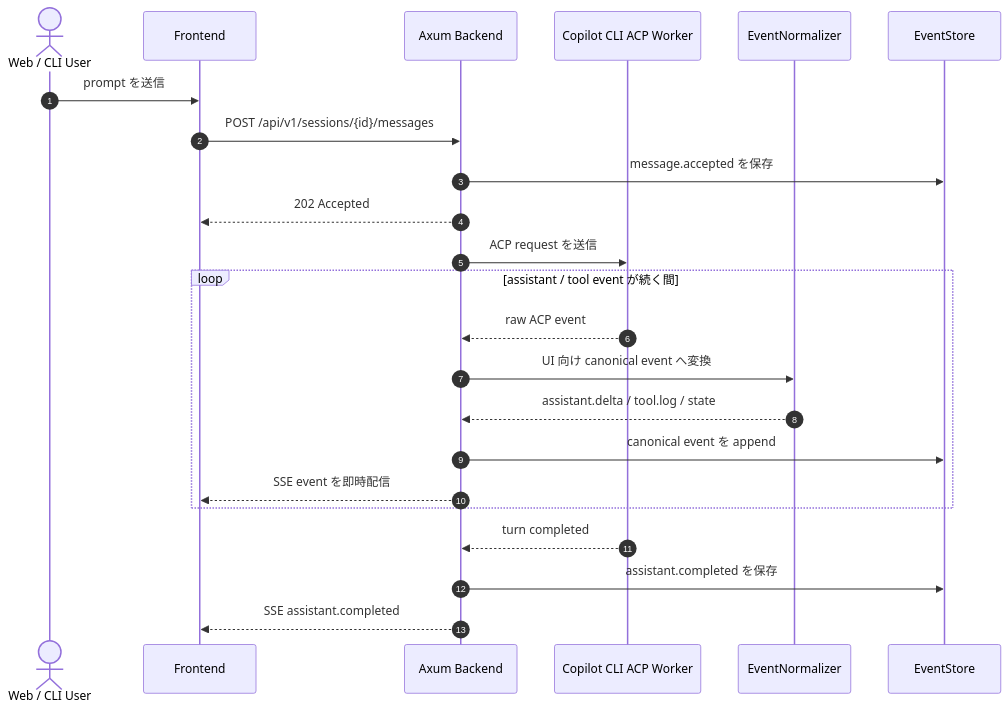
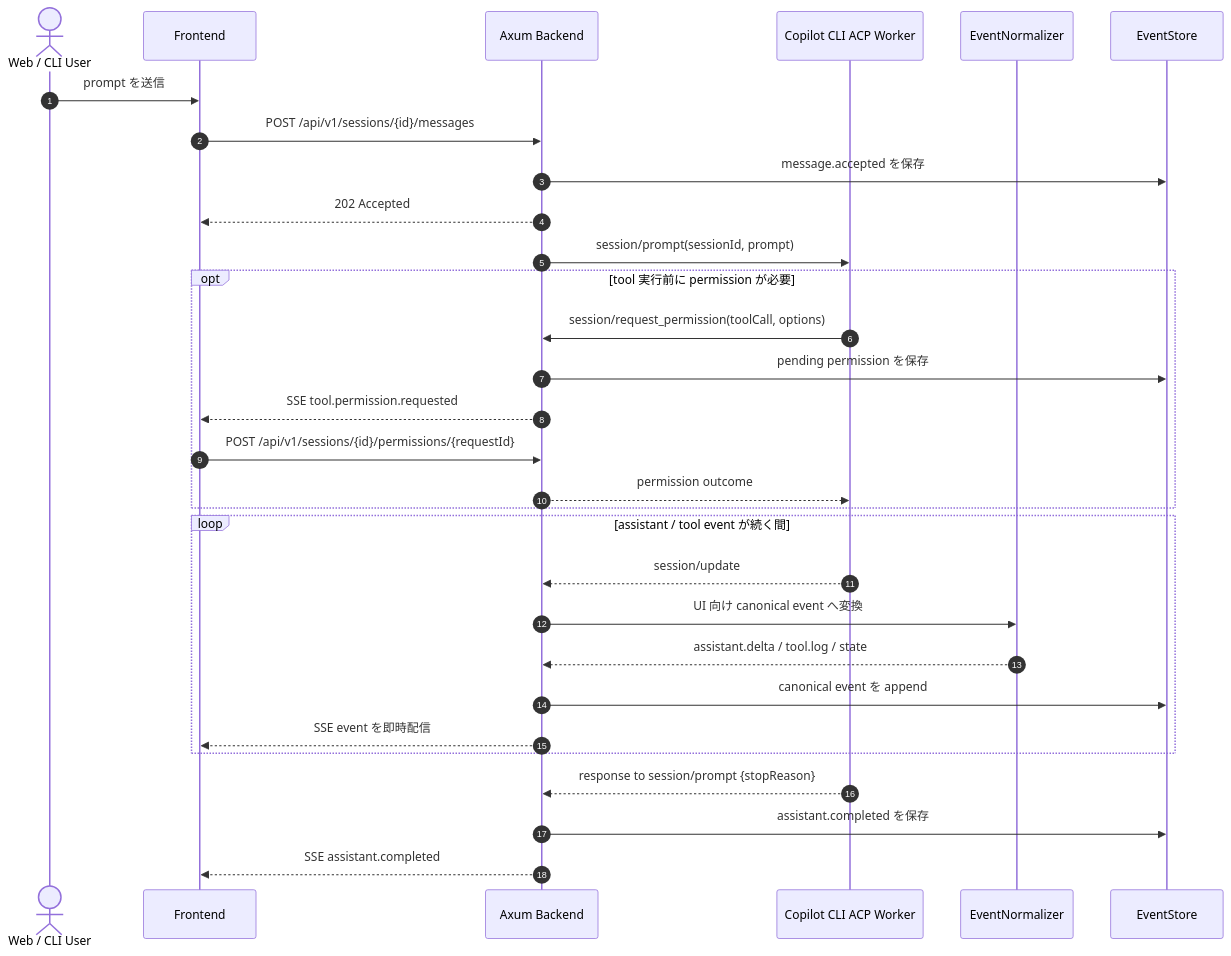
The seventh of 12 diagrams in docs/explanation/acp-web-cli-architecture.md (chalharu/copilot-sandbox-container), drawn with Mermaid before and after one commit. The commit also changed other lines of this file, not shown here.

Commit message:
docs(explanation): model ACP client responsibilities

````diff
--- a/docs/explanation/acp-web-cli-architecture.md
+++ b/docs/explanation/acp-web-cli-architecture.md
@@ -377,28 +393,36 @@
 ```mermaid
 sequenceDiagram
     autonumber
     actor User as Web / CLI User
     participant Frontend as Frontend
     participant Backend as Axum Backend
     participant Worker as Copilot CLI ACP Worker
     participant Normalizer as EventNormalizer
     participant EventStore as EventStore
 
     User->>Frontend: prompt を送信
     Frontend->>Backend: POST /api/v1/sessions/{id}/messages
     Backend->>EventStore: message.accepted を保存
     Backend-->>Frontend: 202 Accepted
-    Backend->>Worker: ACP request を送信
+    Backend->>Worker: session/prompt(sessionId, prompt)
+
+    opt tool 実行前に permission が必要
+        Worker->>Backend: session/request_permission(toolCall, options)
+        Backend->>EventStore: pending permission を保存
+        Backend-->>Frontend: SSE tool.permission.requested
+        Frontend->>Backend: POST /api/v1/sessions/{id}/permissions/{requestId}
+        Backend-->>Worker: permission outcome
+    end
 
     loop assistant / tool event が続く間
-        Worker-->>Backend: raw ACP event
+        Worker-->>Backend: session/update
         Backend->>Normalizer: UI 向け canonical event へ変換
         Normalizer-->>Backend: assistant.delta / tool.log / state
         Backend->>EventStore: canonical event を append
         Backend-->>Frontend: SSE event を即時配信
     end
 
-    Worker-->>Backend: turn completed
+    Worker-->>Backend: response to session/prompt {stopReason}
     Backend->>EventStore: assistant.completed を保存
     Backend-->>Frontend: SSE assistant.completed
 ```
````
